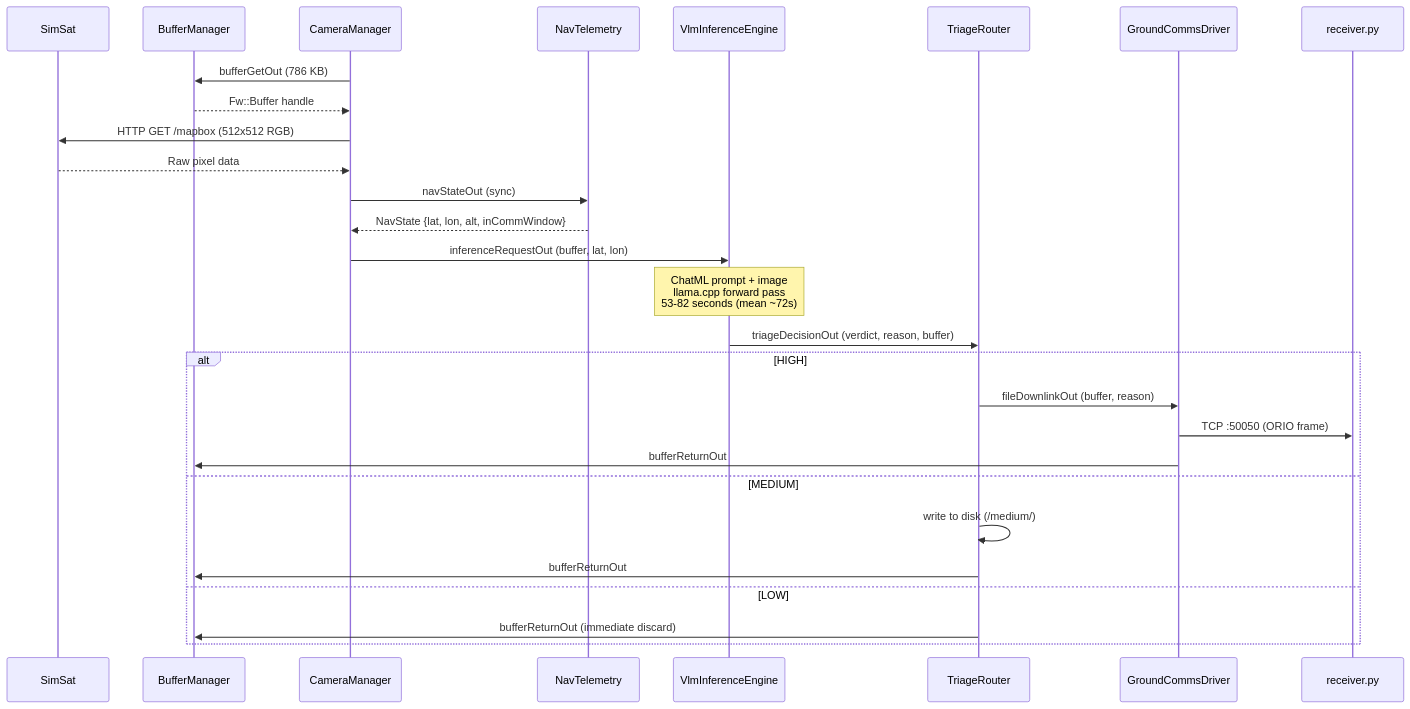
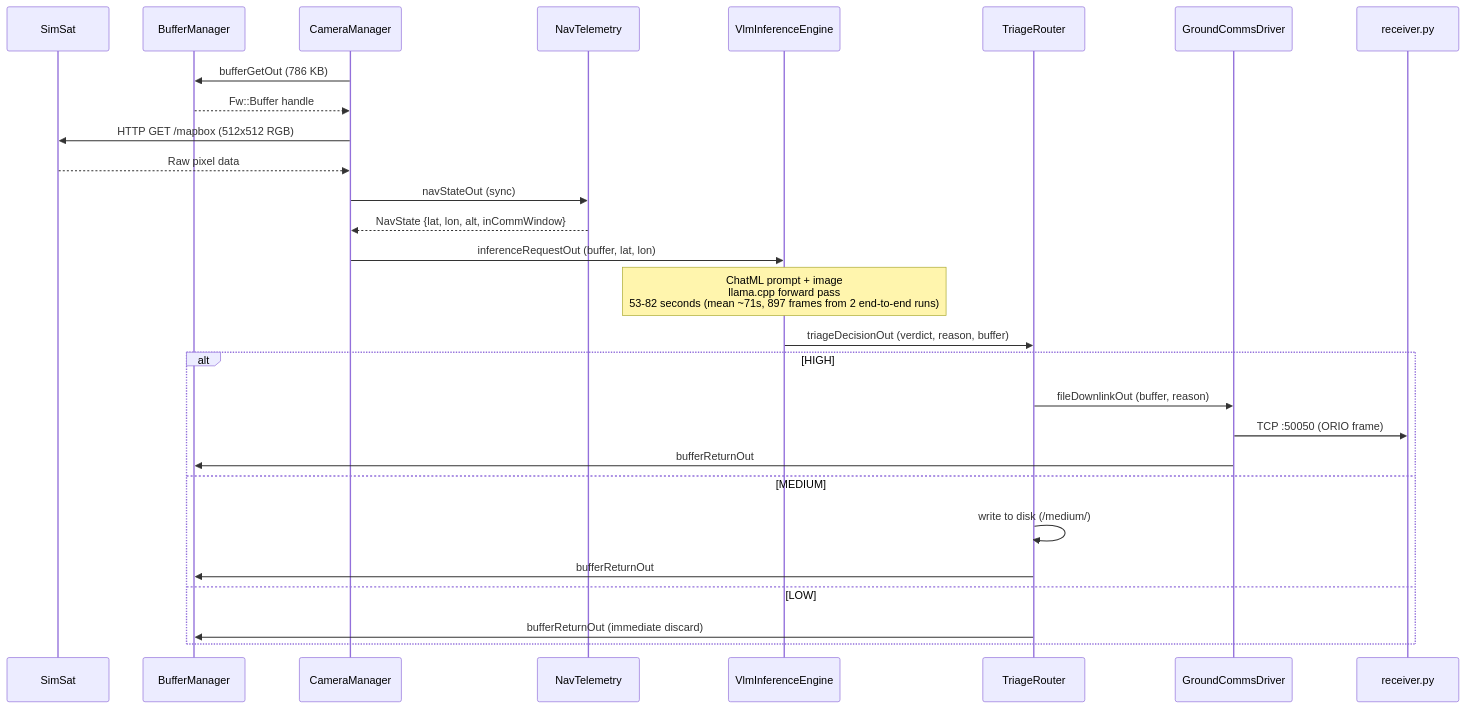
Before and after one commit to Saransh-cpp/ORION: the first of 3 diagrams in docs/architecture/data-flow.md, drawn with Mermaid. The commit also changed 4 other files, not shown here.

````diff
--- a/docs/architecture/data-flow.md
+++ b/docs/architecture/data-flow.md
@@ -7,34 +7,34 @@
 ```mermaid
 sequenceDiagram
     participant SS as SimSat
     participant BM as BufferManager
     participant CM as CameraManager
     participant NT as NavTelemetry
     participant VLM as VlmInferenceEngine
     participant TR as TriageRouter
     participant GCD as GroundCommsDriver
     participant RX as receiver.py
 
     CM->>BM: bufferGetOut (786 KB)
     BM-->>CM: Fw::Buffer handle
     CM->>SS: HTTP GET /mapbox (512x512 RGB)
     SS-->>CM: Raw pixel data
     CM->>NT: navStateOut (sync)
     NT-->>CM: NavState {lat, lon, alt, inCommWindow}
     CM->>VLM: inferenceRequestOut (buffer, lat, lon)
 
-    Note over VLM: ChatML prompt + image<br/>llama.cpp forward pass<br/>53-82 seconds (mean ~72s)
+    Note over VLM: ChatML prompt + image<br/>llama.cpp forward pass<br/>53-82 seconds (mean ~71s, 897 frames from 2 end-to-end runs)
 
     VLM->>TR: triageDecisionOut (verdict, reason, buffer)
 
     alt HIGH
         TR->>GCD: fileDownlinkOut (buffer, reason)
         GCD->>RX: TCP :50050 (ORIO frame)
         GCD->>BM: bufferReturnOut
     else MEDIUM
         TR->>TR: write to disk (/medium/)
         TR->>BM: bufferReturnOut
     else LOW
         TR->>BM: bufferReturnOut (immediate discard)
     end
 ```
````
